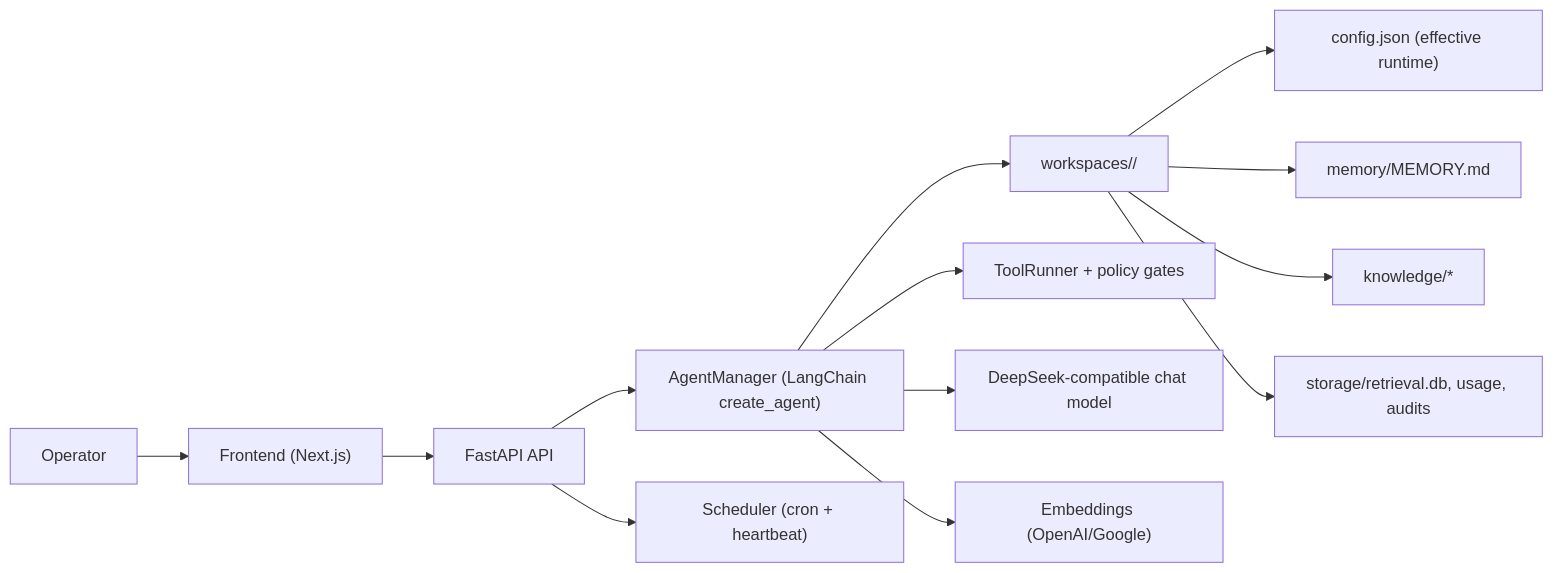
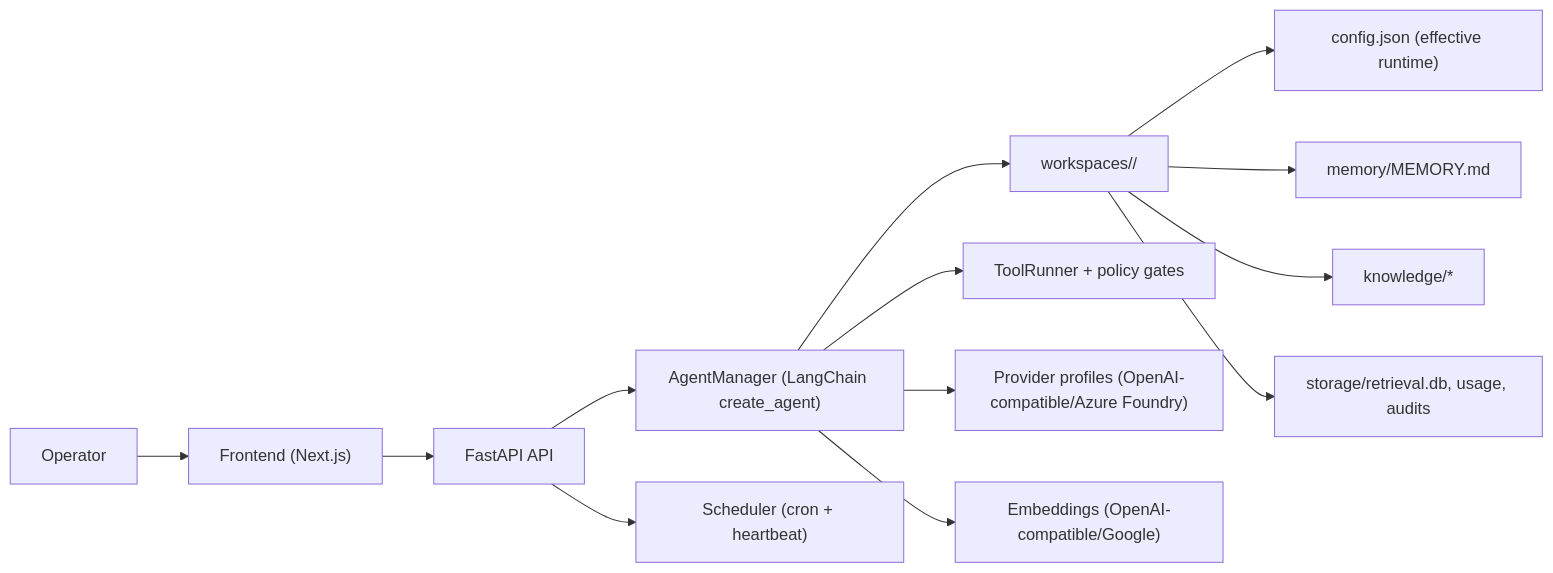
One commit to kaiqiangh/mini-openclaw-langchain changed the diagram in README.md. Above: the diagram before and after it, drawn with Mermaid. The commit also changed other lines of this file and 5 other files, not shown here.

````diff
--- a/README.md
+++ b/README.md
@@ -15,15 +15,15 @@
 ```mermaid
 flowchart LR
   U["Operator"] --> FE["Frontend (Next.js)"]
   FE --> API["FastAPI API"]
   API --> AM["AgentManager (LangChain create_agent)"]
   AM --> WS["workspaces/<agent_id>/"]
   WS --> CFG["config.json (effective runtime)"]
   WS --> MEM["memory/MEMORY.md"]
   WS --> KNOW["knowledge/*"]
   WS --> STORE["storage/retrieval.db, usage, audits"]
   API --> SCH["Scheduler (cron + heartbeat)"]
   AM --> TOOLS["ToolRunner + policy gates"]
-  AM --> LLM["DeepSeek-compatible chat model"]
-  AM --> EMB["Embeddings (OpenAI/Google)"]
+  AM --> LLM["Provider profiles (OpenAI-compatible/Azure Foundry)"]
+  AM --> EMB["Embeddings (OpenAI-compatible/Google)"]
 ```
````
